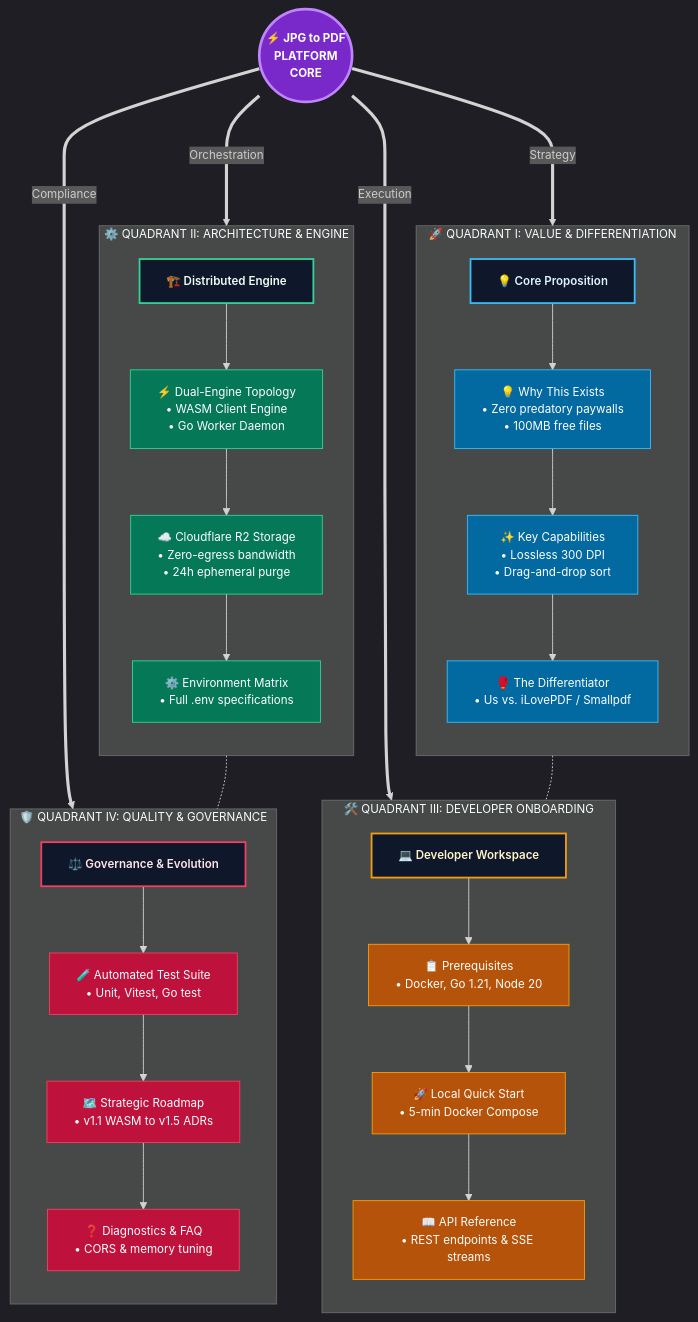
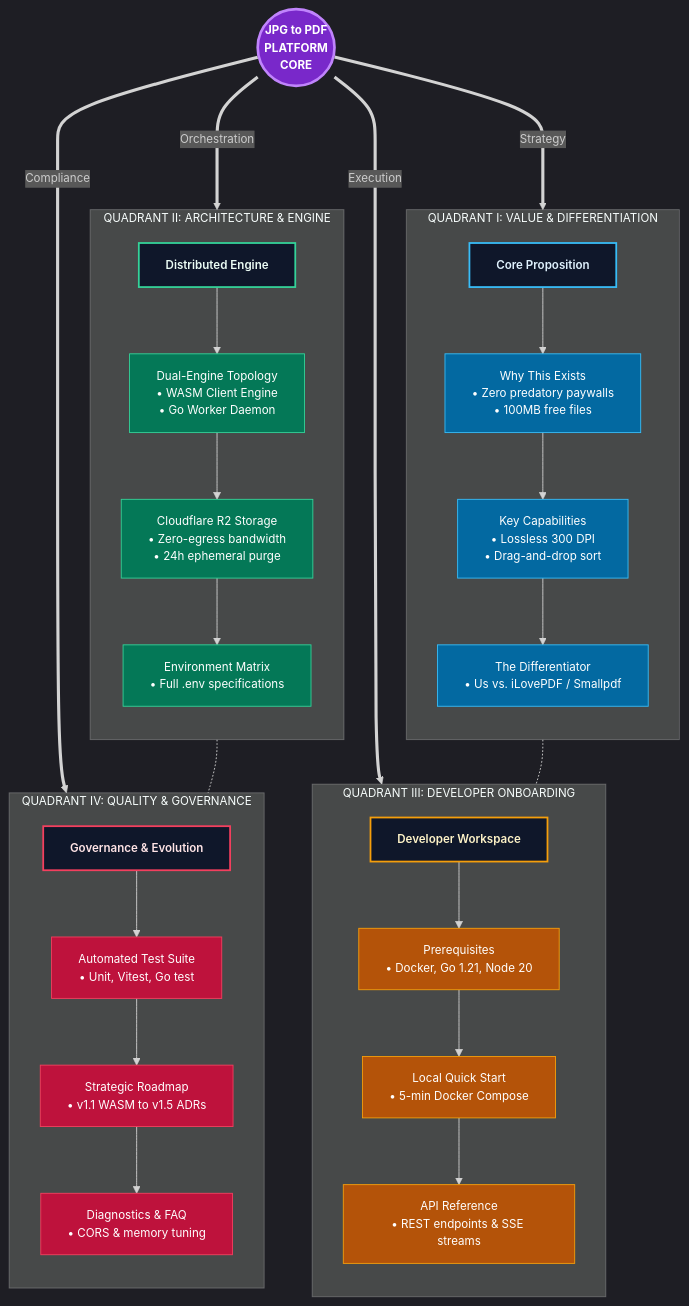
Before and after one commit to KrocPDF/KrocPDF: the diagram in README.md, drawn with Mermaid. The commit also changed other lines of this file and 2 other files, not shown here.

Commit message:
docs(readme): remove all emojis from README, system radar, and directory diagram

````diff
--- a/README.md
+++ b/README.md
@@ -63,71 +63,71 @@
 ```mermaid
 %%{init: {'theme': 'dark', 'themeVariables': { 'fontSize': '13px', 'fontFamily': 'Inter, system-ui, sans-serif' }}}%%
 flowchart TB
     classDef core fill:#7928CA,stroke:#C084FC,stroke-width:3px,color:#FFFFFF,font-weight:bold;
     classDef quadrant1 fill:#0F172A,stroke:#38BDF8,stroke-width:2px,color:#E0F2FE,font-weight:600;
     classDef quadrant2 fill:#0F172A,stroke:#34D399,stroke-width:2px,color:#ECFDF5,font-weight:600;
     classDef quadrant3 fill:#0F172A,stroke:#F59E0B,stroke-width:2px,color:#FEF3C7,font-weight:600;
     classDef quadrant4 fill:#0F172A,stroke:#F43F5E,stroke-width:2px,color:#FFE4E6,font-weight:600;
 
     classDef nodeBlue fill:#0369A1,stroke:#38BDF8,stroke-width:1px,color:#FFFFFF;
     classDef nodeGreen fill:#047857,stroke:#34D399,stroke-width:1px,color:#FFFFFF;
     classDef nodeAmber fill:#B45309,stroke:#F59E0B,stroke-width:1px,color:#FFFFFF;
     classDef nodeRose fill:#BE123C,stroke:#F43F5E,stroke-width:1px,color:#FFFFFF;
 
-    subgraph NorthEast ["🚀 QUADRANT I: VALUE & DIFFERENTIATION"]
+    subgraph NorthEast ["QUADRANT I: VALUE & DIFFERENTIATION"]
         direction TB
-        Q1["💡 Core Proposition"]:::quadrant1
-        N1_1["💡 Why This Exists<br/>• Zero predatory paywalls<br/>• 100MB free files"]:::nodeBlue
-        N1_2["✨ Key Capabilities<br/>• Lossless 300 DPI<br/>• Drag-and-drop sort"]:::nodeBlue
-        N1_3["🥊 The Differentiator<br/>• Us vs. iLovePDF / Smallpdf"]:::nodeBlue
+        Q1["Core Proposition"]:::quadrant1
+        N1_1["Why This Exists<br/>• Zero predatory paywalls<br/>• 100MB free files"]:::nodeBlue
+        N1_2["Key Capabilities<br/>• Lossless 300 DPI<br/>• Drag-and-drop sort"]:::nodeBlue
+        N1_3["The Differentiator<br/>• Us vs. iLovePDF / Smallpdf"]:::nodeBlue
         Q1 --> N1_1
         N1_1 --> N1_2
         N1_2 --> N1_3
     end
 
-    subgraph NorthWest ["⚙️ QUADRANT II: ARCHITECTURE & ENGINE"]
+    subgraph NorthWest ["QUADRANT II: ARCHITECTURE & ENGINE"]
         direction TB
-        Q2["🏗️ Distributed Engine"]:::quadrant2
-        N2_1["⚡ Dual-Engine Topology<br/>• WASM Client Engine<br/>• Go Worker Daemon"]:::nodeGreen
-        N2_2["☁️ Cloudflare R2 Storage<br/>• Zero-egress bandwidth<br/>• 24h ephemeral purge"]:::nodeGreen
-        N2_3["⚙️ Environment Matrix<br/>• Full .env specifications"]:::nodeGreen
+        Q2["Distributed Engine"]:::quadrant2
+        N2_1["Dual-Engine Topology<br/>• WASM Client Engine<br/>• Go Worker Daemon"]:::nodeGreen
+        N2_2["Cloudflare R2 Storage<br/>• Zero-egress bandwidth<br/>• 24h ephemeral purge"]:::nodeGreen
+        N2_3["Environment Matrix<br/>• Full .env specifications"]:::nodeGreen
         Q2 --> N2_1
         N2_1 --> N2_2
         N2_2 --> N2_3
     end
 
     %% Central Hub
-    CORE(("⚡ JPG to PDF<br/>PLATFORM<br/>CORE")):::core
+    CORE(("JPG to PDF<br/>PLATFORM<br/>CORE")):::core
 
-    subgraph SouthEast ["🛠️ QUADRANT III: DEVELOPER ONBOARDING"]
+    subgraph SouthEast ["QUADRANT III: DEVELOPER ONBOARDING"]
         direction TB
-        Q3["💻 Developer Workspace"]:::quadrant3
-        N3_1["📋 Prerequisites<br/>• Docker, Go 1.21, Node 20"]:::nodeAmber
-        N3_2["🚀 Local Quick Start<br/>• 5-min Docker Compose"]:::nodeAmber
-        N3_3["📖 API Reference<br/>• REST endpoints & SSE streams"]:::nodeAmber
+        Q3["Developer Workspace"]:::quadrant3
+        N3_1["Prerequisites<br/>• Docker, Go 1.21, Node 20"]:::nodeAmber
+        N3_2["Local Quick Start<br/>• 5-min Docker Compose"]:::nodeAmber
+        N3_3["API Reference<br/>• REST endpoints & SSE streams"]:::nodeAmber
         Q3 --> N3_1
         N3_1 --> N3_2
         N3_2 --> N3_3
     end
 
-    subgraph SouthWest ["🛡️ QUADRANT IV: QUALITY & GOVERNANCE"]
+    subgraph SouthWest ["QUADRANT IV: QUALITY & GOVERNANCE"]
         direction TB
-        Q4["⚖️ Governance & Evolution"]:::quadrant4
-        N4_1["🧪 Automated Test Suite<br/>• Unit, Vitest, Go test"]:::nodeRose
-        N4_2["🗺️ Strategic Roadmap<br/>• v1.1 WASM to v1.5 ADRs"]:::nodeRose
-        N4_3["❓ Diagnostics & FAQ<br/>• CORS & memory tuning"]:::nodeRose
+        Q4["Governance & Evolution"]:::quadrant4
+        N4_1["Automated Test Suite<br/>• Unit, Vitest, Go test"]:::nodeRose
+        N4_2["Strategic Roadmap<br/>• v1.1 WASM to v1.5 ADRs"]:::nodeRose
+        N4_3["Diagnostics & FAQ<br/>• CORS & memory tuning"]:::nodeRose
         Q4 --> N4_1
         N4_1 --> N4_2
         N4_2 --> N4_3
     end
 
     %% Cross-Quadrant Hub Links
     CORE ===>|Strategy| Q1
     CORE ===>|Orchestration| Q2
     CORE ===>|Execution| Q3
     CORE ===>|Compliance| Q4
 
     %% Inter-Quadrant Orbital Resonance Links
     N1_3 -.- N3_1
     N2_3 -.- N4_1
 ```
````
